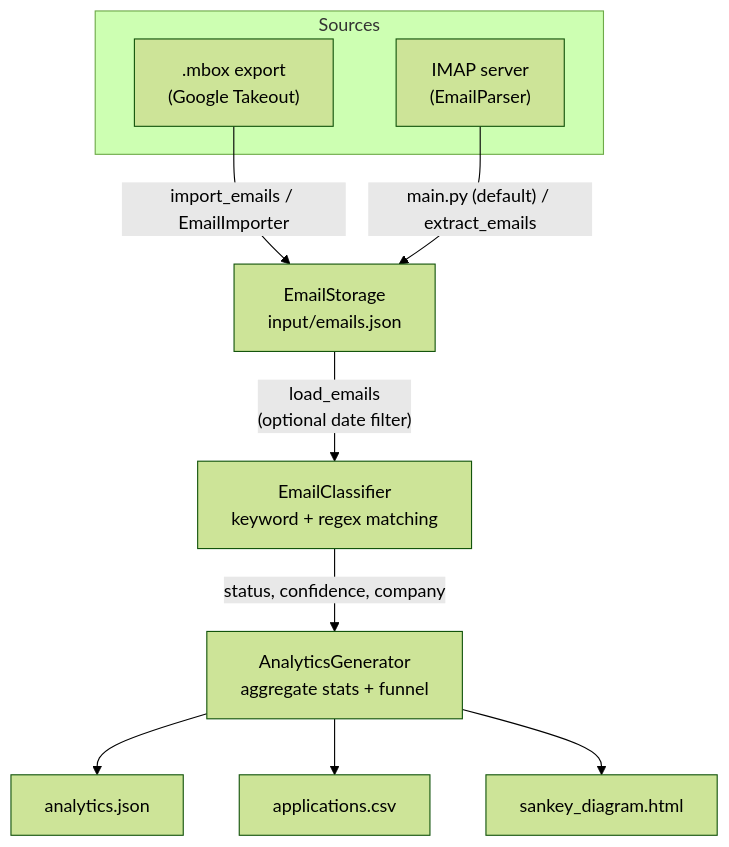
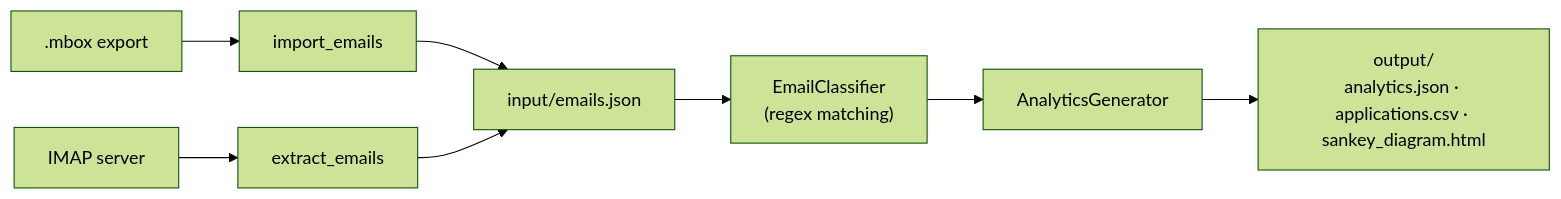
The diagram in README.md (fabricioguidine/sisifus-analytics), drawn with Mermaid (forest theme) before and after one commit. The commit also changed other lines of this file and 2 other files, not shown here.

````diff
--- a/README.md
+++ b/README.md
@@ -44,17 +96,10 @@
 ```mermaid
-flowchart TD
-    subgraph Sources
-        A[".mbox export<br/>(Google Takeout)"]
-        B["IMAP server<br/>(EmailParser)"]
-    end
-
-    A -->|"import_emails / EmailImporter"| C["EmailStorage<br/>input/emails.json"]
-    B -->|"main.py (default) / extract_emails"| C
-
-    C -->|"load_emails<br/>(optional date filter)"| D["EmailClassifier<br/>keyword + regex matching"]
-    D -->|"status, confidence, company"| E["AnalyticsGenerator<br/>aggregate stats + funnel"]
-
-    E --> F["analytics.json"]
-    E --> G["applications.csv"]
-    E --> H["sankey_diagram.html"]
+flowchart LR
+    mbox[".mbox export"] --> import["import_emails"]
+    imap["IMAP server"] --> extract["extract_emails"]
+    import --> store["input/emails.json"]
+    extract --> store
+    store --> classify["EmailClassifier<br/>(regex matching)"]
+    classify --> analytics["AnalyticsGenerator"]
+    analytics --> out["output/<br/>analytics.json · applications.csv · sankey_diagram.html"]
 ```
````
